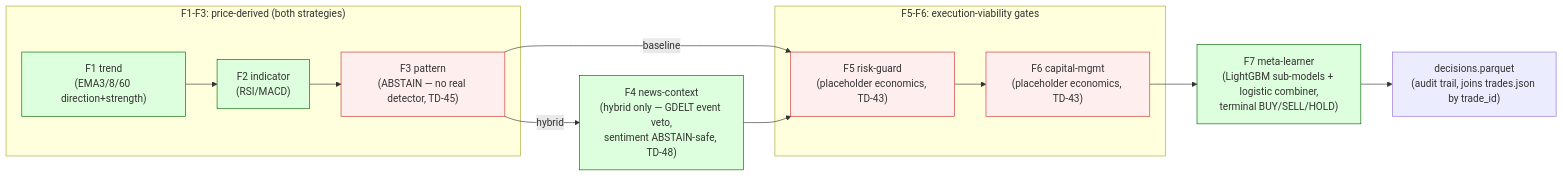
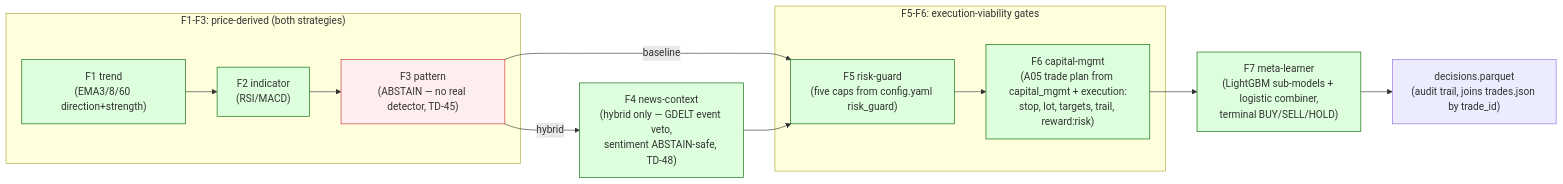
The second of 6 diagrams in algo-suite/docs/architecture.md (wbsouza/mba-icmc), drawn with Mermaid before and after one commit. The commit also changed other lines of this file and 2 other files, not shown here.

First line of the commit message:
docs(algo-suite): reflect config-driven filters and the A05 trade plan in README, PRD and architecture

````diff
--- a/algo-suite/docs/architecture.md
+++ b/algo-suite/docs/architecture.md
@@ -323,24 +323,24 @@
 ```mermaid
 flowchart LR
     subgraph shared["F1-F3: price-derived (both strategies)"]
         F1["F1 trend\n(EMA3/8/60 direction+strength)"]
         F2["F2 indicator\n(RSI/MACD)"]
         F3["F3 pattern\n(ABSTAIN — no real detector, TD-45)"]
     end
     F4["F4 news-context\n(hybrid only — GDELT event veto,\nsentiment ABSTAIN-safe, TD-48)"]
     subgraph gates["F5-F6: execution-viability gates"]
-        F5["F5 risk-guard\n(placeholder economics, TD-43)"]
-        F6["F6 capital-mgmt\n(placeholder economics, TD-43)"]
+        F5["F5 risk-guard\n(five caps from config.yaml risk_guard)"]
+        F6["F6 capital-mgmt\n(A05 trade plan from capital_mgmt + execution:\nstop, lot, targets, trail, reward:risk)"]
     end
     F7["F7 meta-learner\n(LightGBM sub-models + logistic combiner,\nterminal BUY/SELL/HOLD)"]
     AU["decisions.parquet\n(audit trail, joins trades.json by trade_id)"]
 
     F1 --> F2 --> F3 -->|"baseline"| F5
     F3 -->|"hybrid"| F4 --> F5
     F5 --> F6 --> F7 --> AU
 
     classDef placeholder fill:#fee,stroke:#c33
     classDef built fill:#dfd,stroke:#060
-    class F3,F5,F6 placeholder
-    class F1,F2,F4,F7 built
+    class F3 placeholder
+    class F1,F2,F4,F5,F6,F7 built
 ```
````
